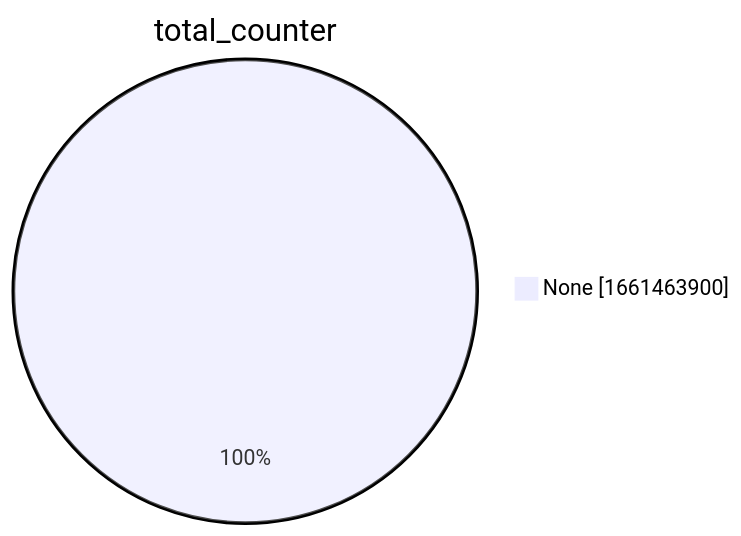
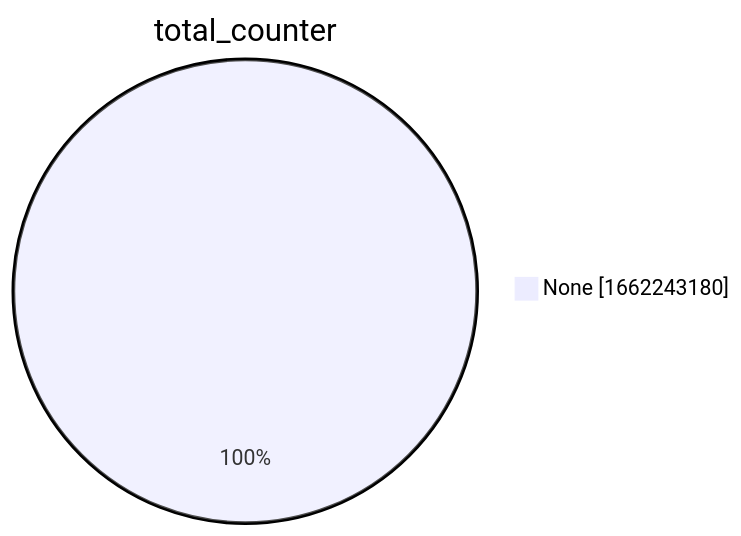
One commit to christiankrug/ctmonitor_visualization changed the second of 15 diagrams in xenon2022/README.md. Above: the diagram before and after it, drawn with Mermaid. The commit also changed other lines of this file, not shown here.

````diff
--- a/xenon2022/README.md
+++ b/xenon2022/README.md
@@ -9,5 +9,5 @@
 ```mermaid
 pie showData
 title total_counter
-"None" :1661463900
+"None" :1662243180
 ```
````
